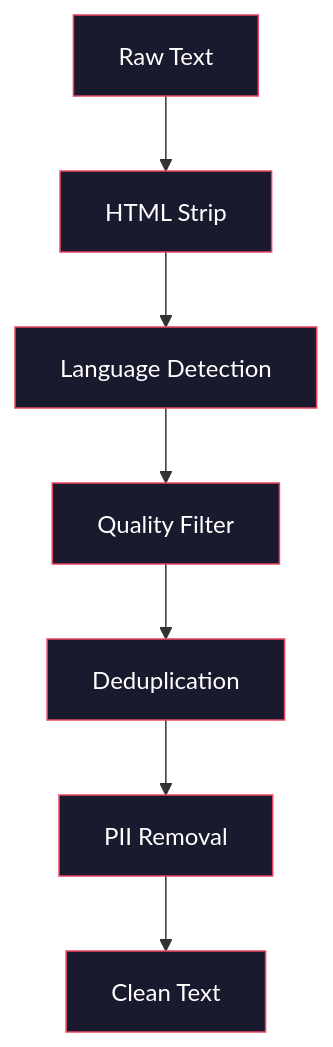
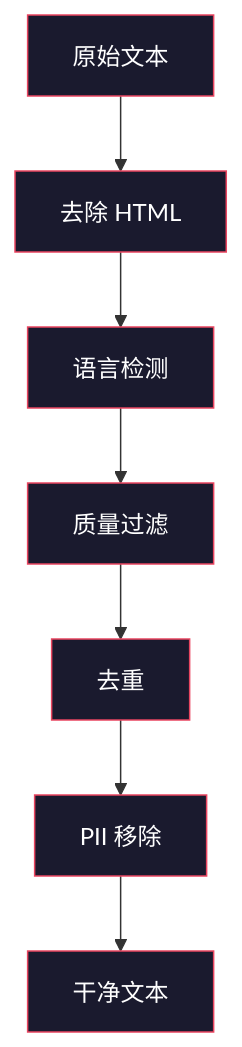
The first of 3 diagrams in phases/10-llms-from-scratch/03-data-pipelines/docs/zh.md (alessandrodinisio-ai/ai-engineering-learning-framework), drawn with Mermaid before and after one commit. The commit also changed other lines of this file and 120 other files, not shown here.

First line of the commit message:
i18n(mermaid): 337 个 mermaid 图表标签中文化

````diff
--- a/phases/10-llms-from-scratch/03-data-pipelines/docs/zh.md
+++ b/phases/10-llms-from-scratch/03-data-pipelines/docs/zh.md
@@ -63,17 +63,17 @@
 ```mermaid
 graph TD
-    A[Raw Text] --> B[HTML Strip]
-    B --> C[Language Detection]
-    C --> D[Quality Filter]
-    D --> E[Deduplication]
-    E --> F[PII Removal]
-    F --> G[Clean Text]
+    A[原始文本] --> B[去除 HTML]
+    B --> C[语言检测]
+    C --> D[质量过滤]
+    D --> E[去重]
+    E --> F[PII 移除]
+    F --> G[干净文本]
 
     style A fill:#1a1a2e,stroke:#e94560,color:#fff
     style B fill:#1a1a2e,stroke:#e94560,color:#fff
     style C fill:#1a1a2e,stroke:#e94560,color:#fff
     style D fill:#1a1a2e,stroke:#e94560,color:#fff
     style E fill:#1a1a2e,stroke:#e94560,color:#fff
     style F fill:#1a1a2e,stroke:#e94560,color:#fff
     style G fill:#1a1a2e,stroke:#e94560,color:#fff
 ```
````
